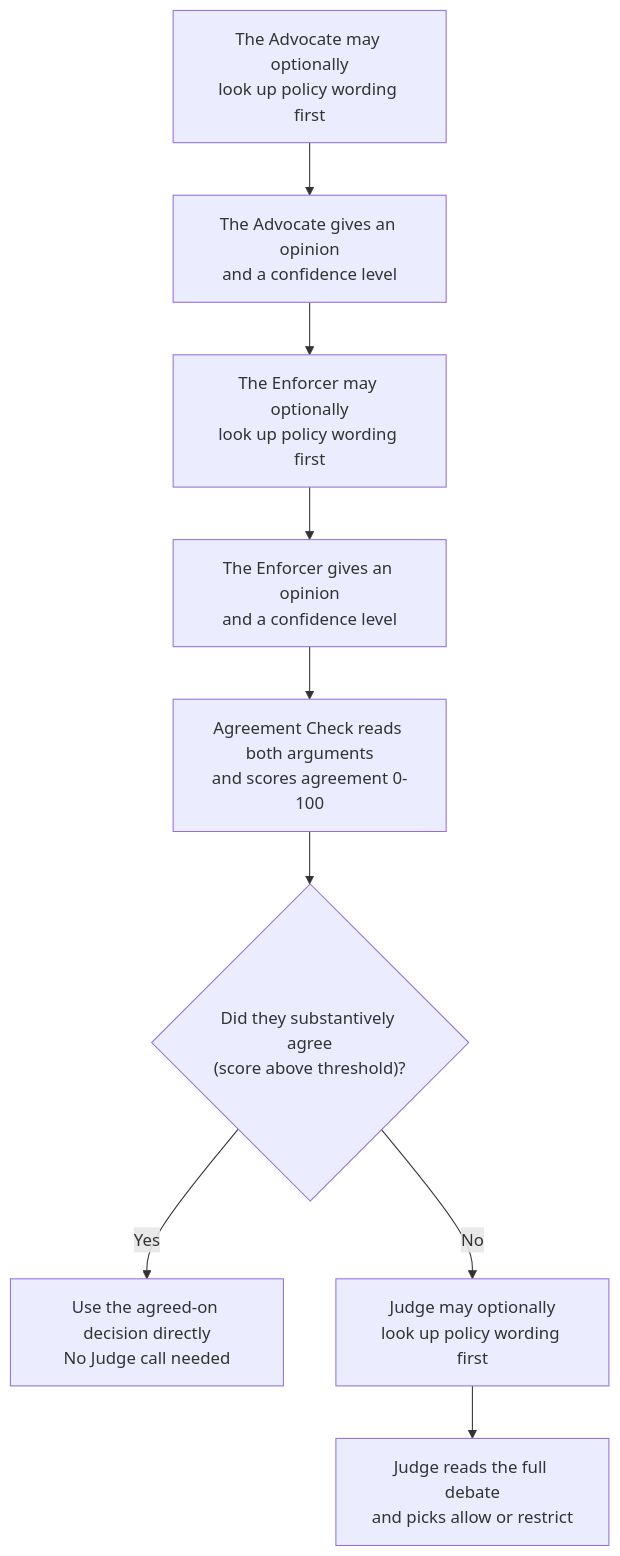
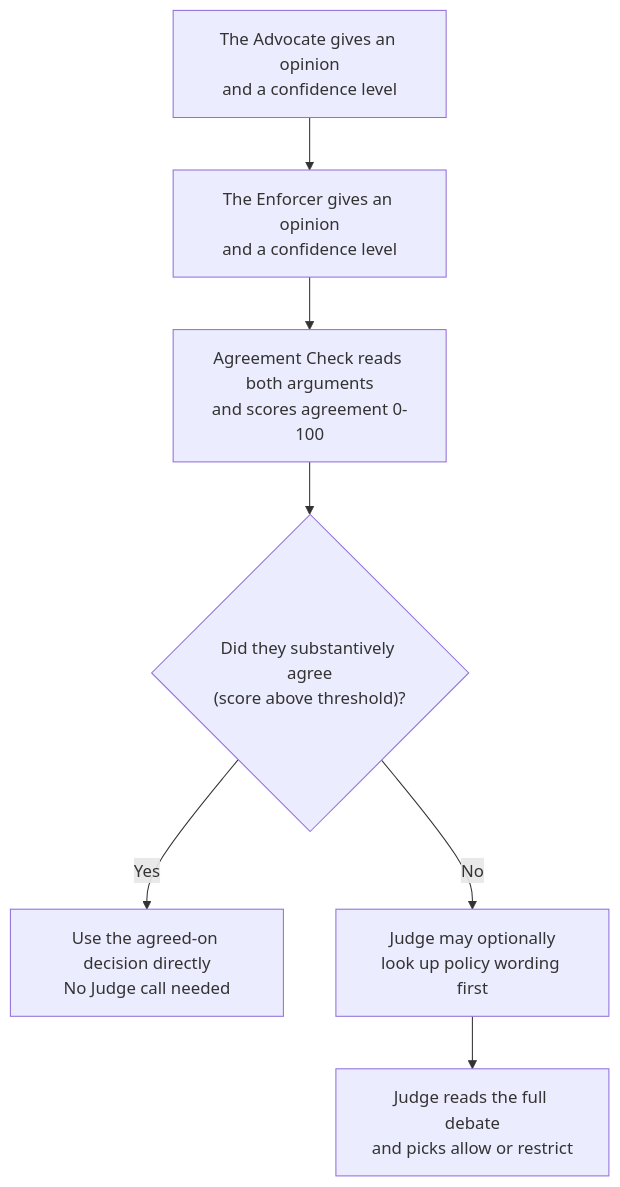
Before and after one commit to harineek24/ModAgent: the third of 4 diagrams in docs/HOW_IT_WORKS.md, drawn with Mermaid. The commit also changed other lines of this file, not shown here.

First line of the commit message:
Update HOW_IT_WORKS slides with speaker notes and current architecture

````diff
--- a/docs/HOW_IT_WORKS.md
+++ b/docs/HOW_IT_WORKS.md
@@ -82,11 +106,9 @@
 ```mermaid
 flowchart TD
-    R1[The Advocate may optionally\nlook up policy wording first] --> R1b[The Advocate gives an opinion\nand a confidence level]
-    R1b --> R2[The Enforcer may optionally\nlook up policy wording first]
-    R2 --> R2b[The Enforcer gives an opinion\nand a confidence level]
-    R2b --> AC[Agreement Check reads both arguments\nand scores agreement 0-100]
+    R1[The Advocate gives an opinion\nand a confidence level] --> R2[The Enforcer gives an opinion\nand a confidence level]
+    R2 --> AC[Agreement Check reads both arguments\nand scores agreement 0-100]
     AC --> Check{"Did they substantively agree\n(score above threshold)?"}
     Check -->|Yes| Resolve[Use the agreed-on decision directly\nNo Judge call needed]
     Check -->|No| J0[Judge may optionally\nlook up policy wording first]
     J0 --> J[Judge reads the full debate\nand picks allow or restrict]
 ```
````
